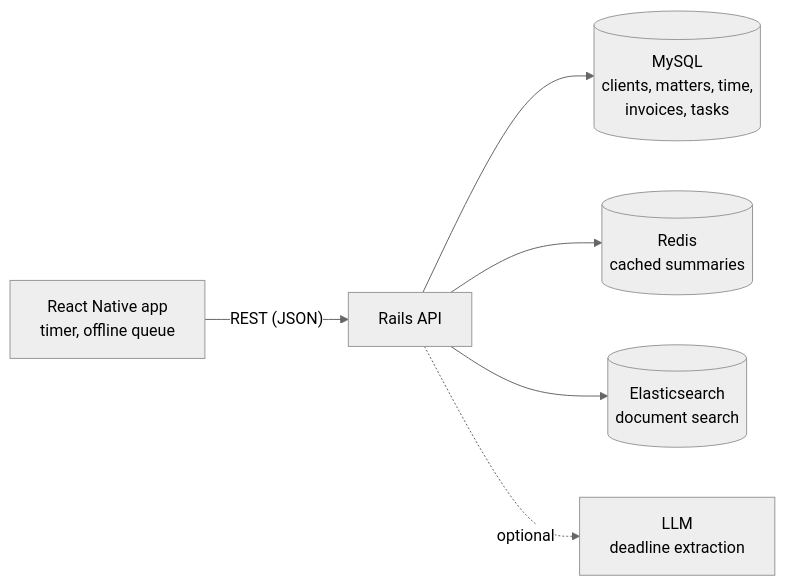
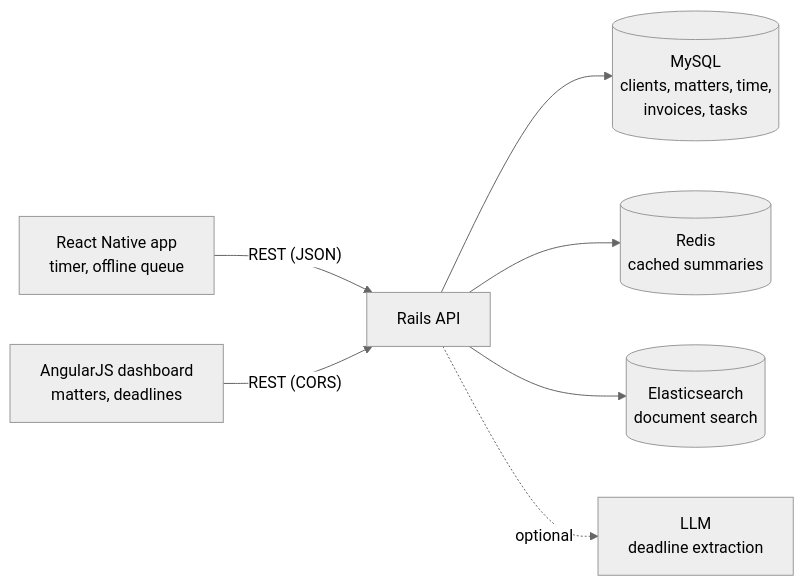
One commit to Snehachowdary56/lawdesk changed the diagram in README.md. Above: the diagram before and after it, drawn with Mermaid (neutral theme). The commit also changed other lines of this file and 11 other files, not shown here.

Commit message:
Add AngularJS web dashboard and CORS for it

````diff
--- a/README.md
+++ b/README.md
@@ -9,8 +9,9 @@
 ```mermaid
 flowchart LR
   APP["React Native app<br/>timer, offline queue"] -- "REST (JSON)" --> API["Rails API"]
+  WEB["AngularJS dashboard<br/>matters, deadlines"] -- "REST (CORS)" --> API
   API --> DB[("MySQL<br/>clients, matters, time,<br/>invoices, tasks")]
   API --> R[("Redis<br/>cached summaries")]
   API --> ES[("Elasticsearch<br/>document search")]
   API -. optional .-> LLM["LLM<br/>deadline extraction"]
 ```
````
